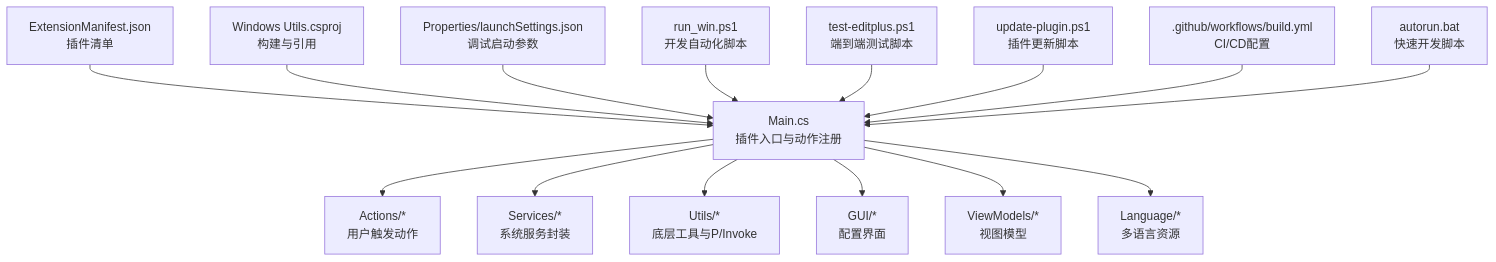
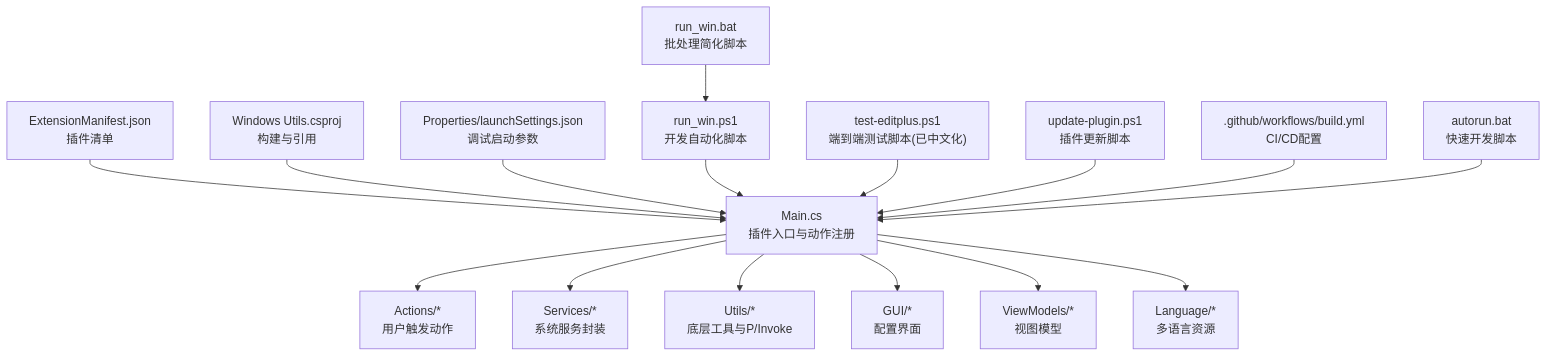
The first of 18 diagrams in .qoder/repowiki/zh/content/开发者指南/测试与调试.md (tea4go/Macro-Deck-Windows-Utils-Plugin), drawn with Mermaid before and after one commit. The commit also changed other lines of this file and 13 other files, not shown here.

````diff
--- a/.qoder/repowiki/zh/content/开发者指南/测试与调试.md
+++ b/.qoder/repowiki/zh/content/开发者指南/测试与调试.md
@@ -48,17 +49,18 @@
 ```mermaid
 graph TB
 A["Main.cs<br/>插件入口与动作注册"] --> B["Actions/*<br/>用户触发动作"]
 A --> C["Services/*<br/>系统服务封装"]
 A --> D["Utils/*<br/>底层工具与P/Invoke"]
 A --> E["GUI/*<br/>配置界面"]
 A --> F["ViewModels/*<br/>视图模型"]
 A --> G["Language/*<br/>多语言资源"]
 H["ExtensionManifest.json<br/>插件清单"] --> A
 I["Windows Utils.csproj<br/>构建与引用"] --> A
 J["Properties/launchSettings.json<br/>调试启动参数"] --> A
 K["run_win.ps1<br/>开发自动化脚本"] --> A
-L["test-editplus.ps1<br/>端到端测试脚本"] --> A
-M["update-plugin.ps1<br/>插件更新脚本"] --> A
-N[".github/workflows/build.yml<br/>CI/CD配置"] --> A
-O["autorun.bat<br/>快速开发脚本"] --> A
+L["run_win.bat<br/>批处理简化脚本"] --> K
+M["test-editplus.ps1<br/>端到端测试脚本(已中文化)"] --> A
+N["update-plugin.ps1<br/>插件更新脚本"] --> A
+O[".github/workflows/build.yml<br/>CI/CD配置"] --> A
+P["autorun.bat<br/>快速开发脚本"] --> A
 ```
````
